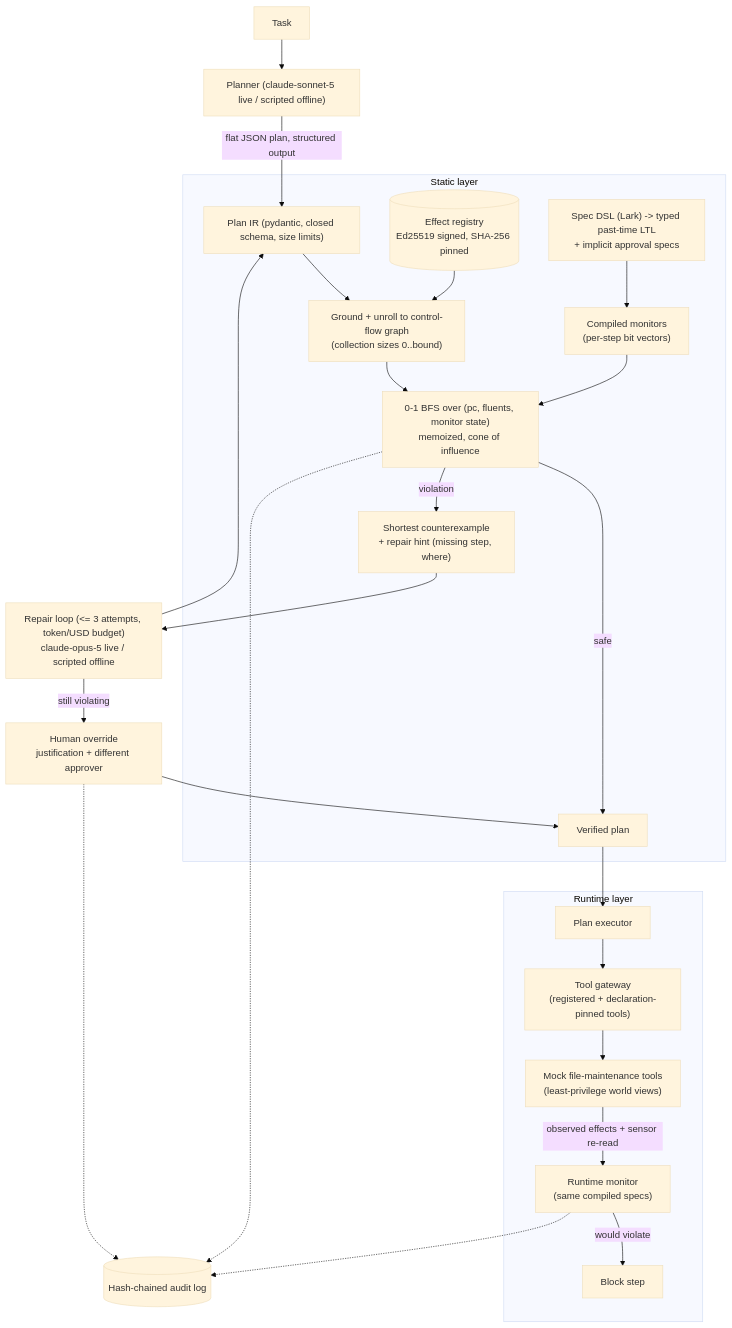
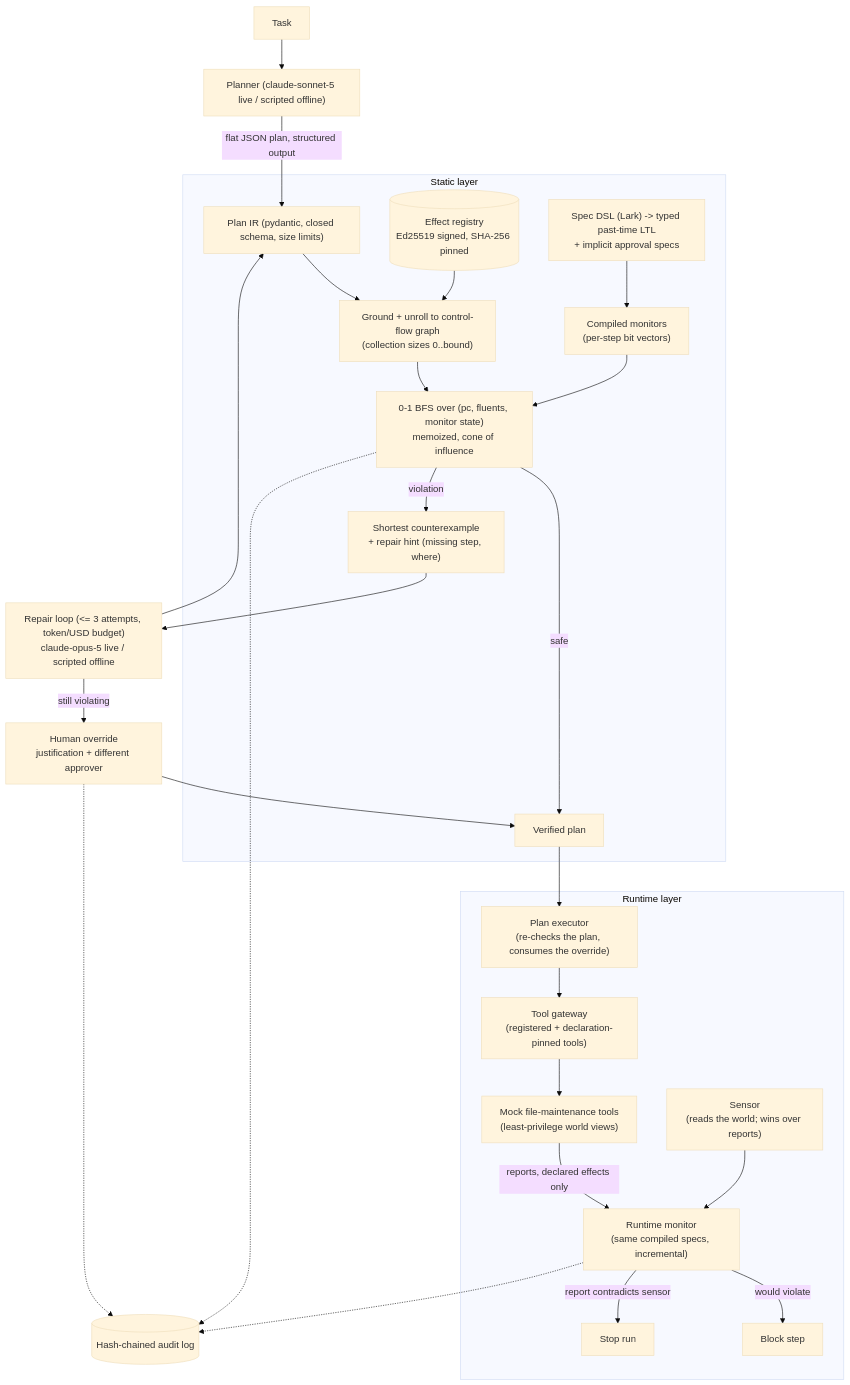
Before and after one commit to rouviere-german/plan-model-checker: the diagram in README.md, drawn with Mermaid (base theme). The commit also changed other lines of this file and 5 other files, not shown here.

````diff
--- a/README.md
+++ b/README.md
@@ -32,28 +36,30 @@
 ```mermaid
 flowchart TB
     task[Task] --> planner["Planner (claude-sonnet-5 live / scripted offline)"]
     planner -->|flat JSON plan, structured output| ir["Plan IR (pydantic, closed schema, size limits)"]
     subgraph static["Static layer"]
         ir --> cfg["Ground + unroll to control-flow graph<br/>(collection sizes 0..bound)"]
         registry[("Effect registry<br/>Ed25519 signed, SHA-256 pinned")] --> cfg
         specs["Spec DSL (Lark) -> typed past-time LTL<br/>+ implicit approval specs"] --> mon["Compiled monitors<br/>(per-step bit vectors)"]
         cfg --> bfs["0-1 BFS over (pc, fluents, monitor state)<br/>memoized, cone of influence"]
         mon --> bfs
         bfs -->|safe| ok[Verified plan]
         bfs -->|violation| cex["Shortest counterexample<br/>+ repair hint (missing step, where)"]
     end
     cex --> repair["Repair loop (<= 3 attempts, token/USD budget)<br/>claude-opus-5 live / scripted offline"]
     repair --> ir
     repair -->|still violating| override["Human override<br/>justification + different approver"]
     override --> ok
     subgraph runtime["Runtime layer"]
-        ok --> exec["Plan executor"]
+        ok --> exec["Plan executor<br/>(re-checks the plan, consumes the override)"]
         exec --> gate["Tool gateway<br/>(registered + declaration-pinned tools)"]
         gate --> tools["Mock file-maintenance tools<br/>(least-privilege world views)"]
-        tools -->|observed effects + sensor re-read| rmon["Runtime monitor<br/>(same compiled specs)"]
+        tools -->|reports, declared effects only| rmon["Runtime monitor<br/>(same compiled specs, incremental)"]
+        sensor["Sensor<br/>(reads the world; wins over reports)"] --> rmon
         rmon -->|would violate| block[Block step]
+        rmon -->|report contradicts sensor| stop[Stop run]
     end
     bfs -.-> audit[("Hash-chained audit log")]
     rmon -.-> audit
     override -.-> audit
 ```
````
